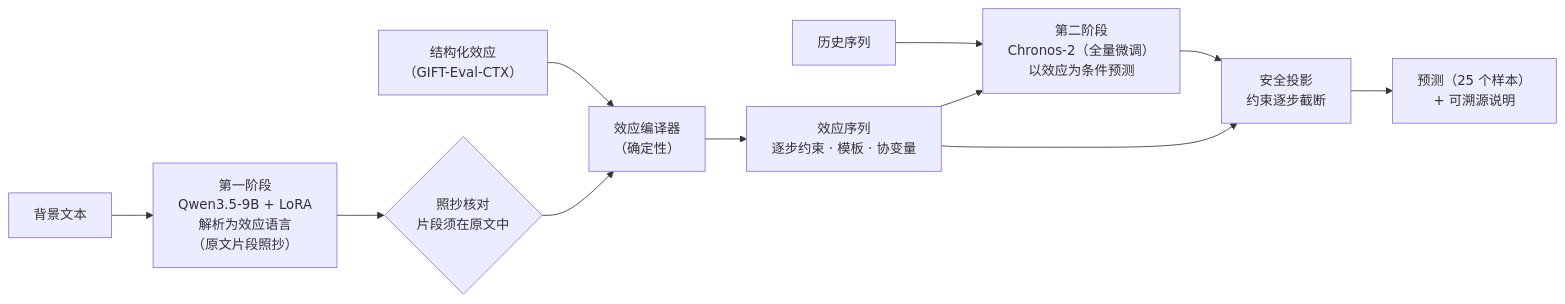
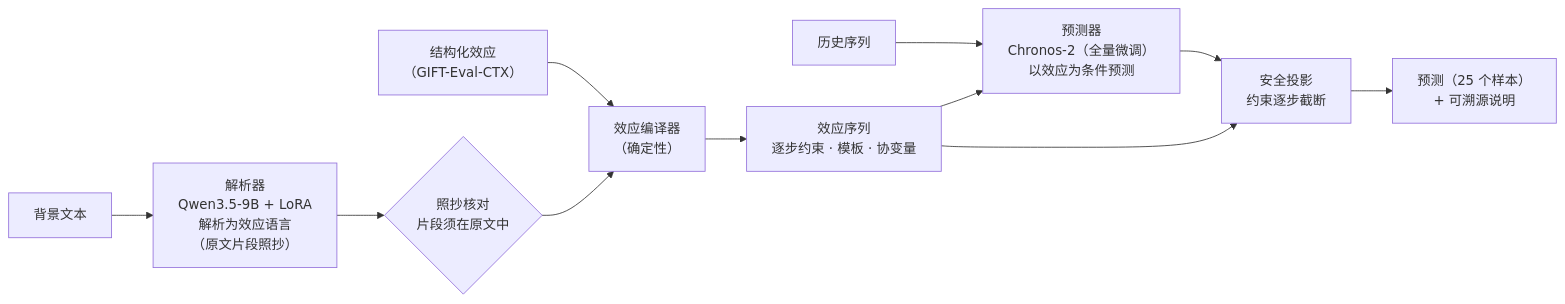
Before and after one commit to CaesarrWANG/tsfm_ctx: the diagram in README.md, drawn with Mermaid. The commit also changed other lines of this file and 1 other file, not shown here.

````diff
--- a/README.md
+++ b/README.md
@@ -73,13 +73,13 @@
 ```mermaid
 flowchart LR
-    T["背景文本"] --> P["第一阶段<br/>Qwen3.5-9B + LoRA<br/>解析为效应语言<br/>（原文片段照抄）"]
+    T["背景文本"] --> P["解析器<br/>Qwen3.5-9B + LoRA<br/>解析为效应语言<br/>（原文片段照抄）"]
     S["结构化效应<br/>（GIFT-Eval-CTX）"] --> C
     P --> K{"照抄核对<br/>片段须在原文中"}
     K --> C["效应编译器<br/>（确定性）"]
     C --> X["效应序列<br/>逐步约束 · 模板 · 协变量"]
     H["历史序列"] --> M
-    X --> M["第二阶段<br/>Chronos-2（全量微调）<br/>以效应为条件预测"]
+    X --> M["预测器<br/>Chronos-2（全量微调）<br/>以效应为条件预测"]
     M --> J["安全投影<br/>约束逐步截断"]
     X --> J
     J --> Y["预测（25 个样本）<br/>+ 可溯源说明"]
 ```
````
